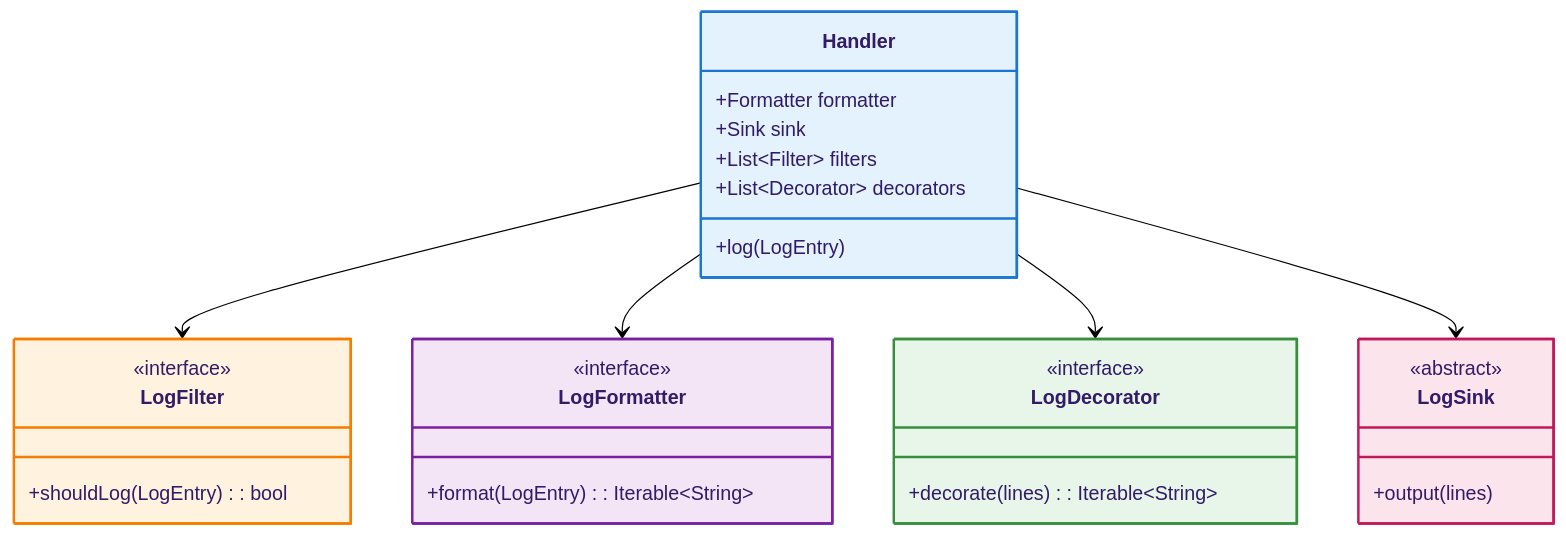
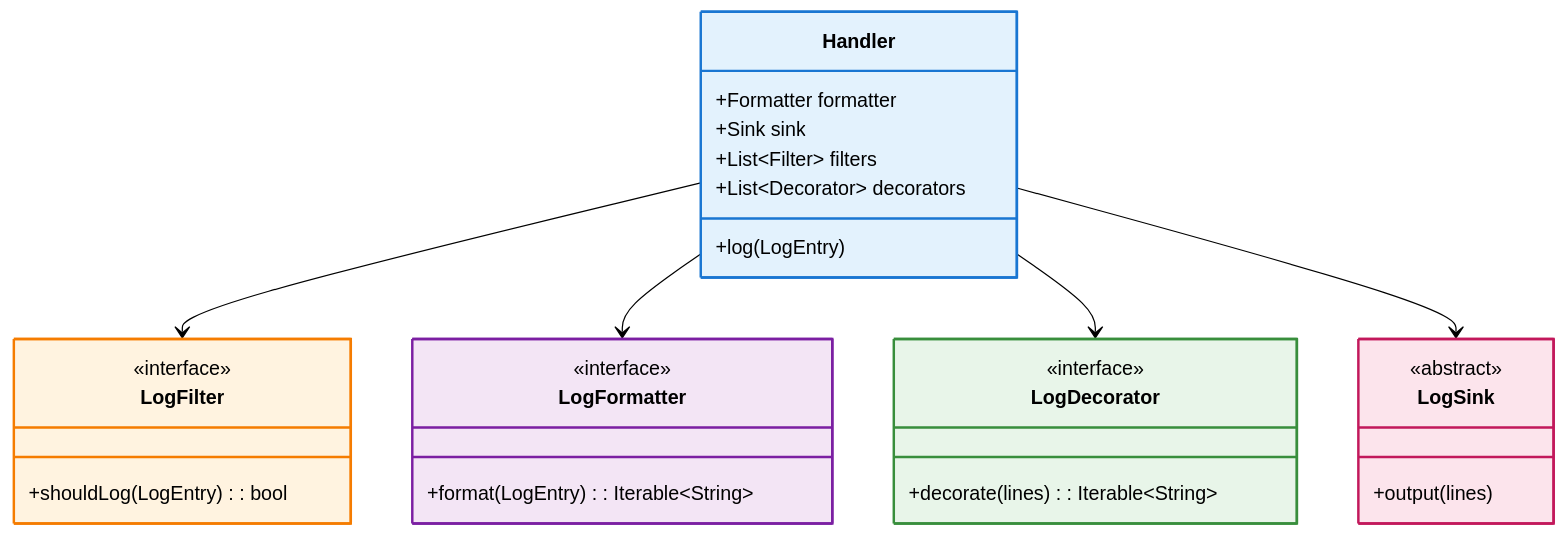
One commit to pooriaaskarim/logd changed the second of 2 diagrams in docs/handler/architecture.md. Above: the diagram before and after it, drawn with Mermaid (forest theme).

Commit message:
Diagram visual fix in docs/handler/architecture.md
Updated styles for Handler, LogFilter, LogFormatter, LogDecorator, and LogSink to include color property.

````diff
--- a/docs/handler/architecture.md
+++ b/docs/handler/architecture.md
@@ -65,41 +65,41 @@
 ```mermaid
 classDiagram
     class Handler {
         +Formatter formatter
         +Sink sink
         +List~Filter~ filters
         +List~Decorator~ decorators
         +log(LogEntry)
     }
     
     class LogFilter {
         <<interface>>
         +shouldLog(LogEntry): bool
     }
     
     class LogFormatter {
         <<interface>>
         +format(LogEntry): Iterable~String~
     }
     
     class LogDecorator {
         <<interface>>
         +decorate(lines): Iterable~String~
     }
     
     class LogSink {
         <<abstract>>
         +output(lines)
     }
 
     Handler --> LogFilter
     Handler --> LogFormatter
     Handler --> LogDecorator
     Handler --> LogSink
     
-    style Handler fill:#e3f2fd,stroke:#1976d2,stroke-width:2px
-    style LogFilter fill:#fff3e0,stroke:#f57c00,stroke-width:2px
-    style LogFormatter fill:#f3e5f5,stroke:#7b1fa2,stroke-width:2px
-    style LogDecorator fill:#e8f5e9,stroke:#388e3c,stroke-width:2px
-    style LogSink fill:#fce4ec,stroke:#c2185b,stroke-width:2px
+    style Handler fill:#e3f2fd,stroke:#1976d2,stroke-width:2px,color:#000
+    style LogFilter fill:#fff3e0,stroke:#f57c00,stroke-width:2px,color:#000
+    style LogFormatter fill:#f3e5f5,stroke:#7b1fa2,stroke-width:2px,color:#000
+    style LogDecorator fill:#e8f5e9,stroke:#388e3c,stroke-width:2px,color:#000
+    style LogSink fill:#fce4ec,stroke:#c2185b,stroke-width:2px,color:#000
 ```
````
